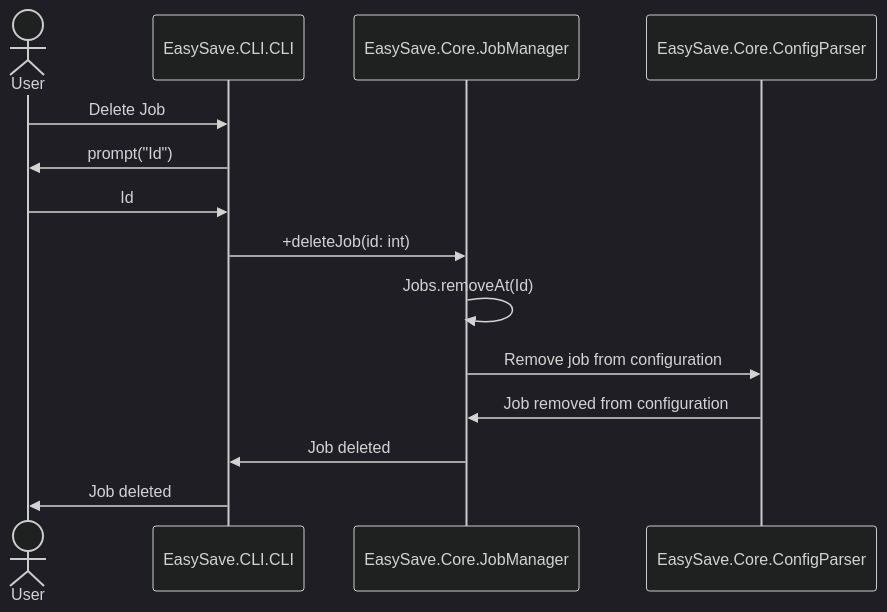
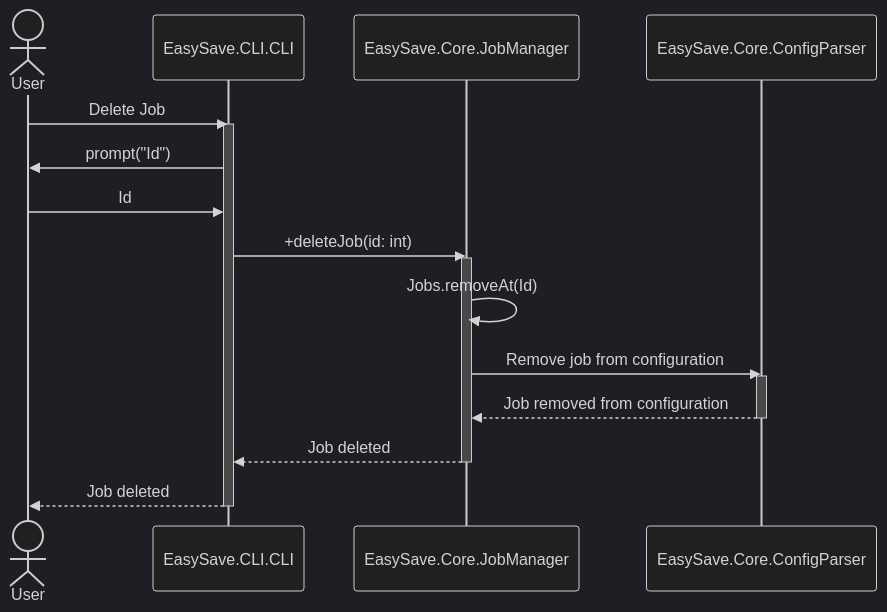
The fifth of 6 diagrams in Modelisation.md (louisdrouhin/EasySave), drawn with Mermaid (dark theme) before and after one commit. The commit also changed other lines of this file, not shown here.

Commit message:
docs(UML): update sequences diagram with life lines

````diff
--- a/Modelisation.md
+++ b/Modelisation.md
@@ -545,17 +583,28 @@
 ```mermaid
 sequenceDiagram
     actor User as User
     participant CLI as EasySave.CLI.CLI
     participant JobMgr as EasySave.Core.JobManager
     participant Config as EasySave.Core.ConfigParser
 
     User->>CLI: Delete Job
+    activate CLI
     CLI->>User: prompt("Id")
     User->>CLI: Id
+
     CLI->>JobMgr: +deleteJob(id: int)
+    activate JobMgr
+
     JobMgr->>JobMgr: Jobs.removeAt(Id)
+
     JobMgr->>Config: Remove job from configuration
-    Config->>JobMgr: Job removed from configuration
-    JobMgr->>CLI: Job deleted
-    CLI->>User: Job deleted
+    activate Config
+    Config-->>JobMgr: Job removed from configuration
+    deactivate Config
+
+    JobMgr-->>CLI: Job deleted
+    deactivate JobMgr
+
+    CLI-->>User: Job deleted
+    deactivate CLI
 ```
````
